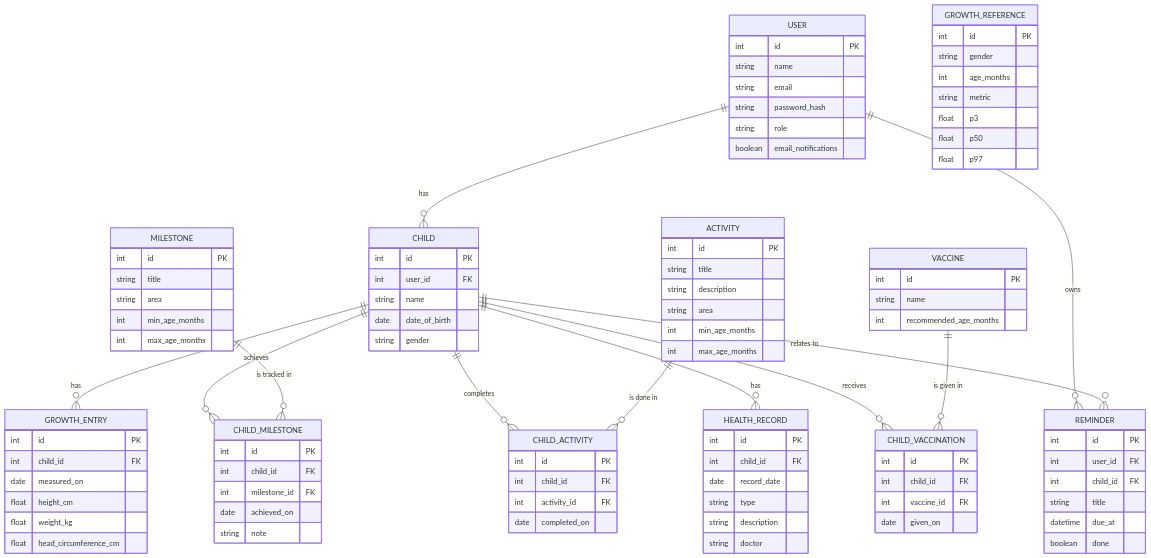
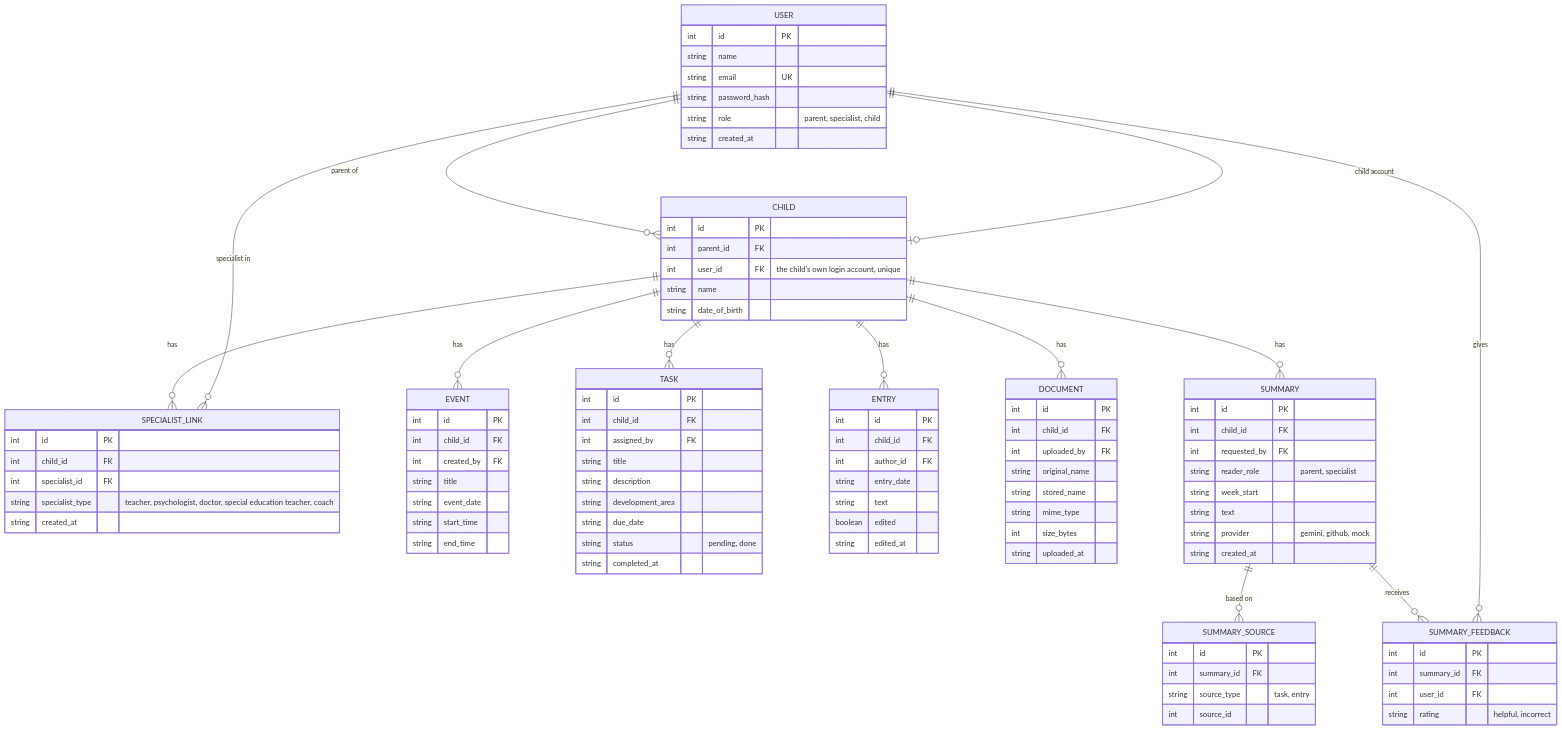
Before and after one commit to Alsoren/child-development-platform: the second of 6 diagrams in docs/SDD.md, drawn with Mermaid. The commit also changed other lines of this file, not shown here.

````diff
--- a/docs/SDD.md
+++ b/docs/SDD.md
@@ -49,102 +61,99 @@
 ```mermaid
 erDiagram
-    USER ||--o{ CHILD : has
-    CHILD ||--o{ GROWTH_ENTRY : has
-    CHILD ||--o{ CHILD_MILESTONE : achieves
-    MILESTONE ||--o{ CHILD_MILESTONE : "is tracked in"
-    CHILD ||--o{ CHILD_ACTIVITY : completes
-    ACTIVITY ||--o{ CHILD_ACTIVITY : "is done in"
-    CHILD ||--o{ HEALTH_RECORD : has
-    CHILD ||--o{ CHILD_VACCINATION : receives
-    VACCINE ||--o{ CHILD_VACCINATION : "is given in"
-    USER ||--o{ REMINDER : owns
-    CHILD ||--o{ REMINDER : "relates to"
+    USER ||--o{ CHILD : "parent of"
+    USER ||--o| CHILD : "child account"
+    CHILD ||--o{ SPECIALIST_LINK : has
+    USER ||--o{ SPECIALIST_LINK : "specialist in"
+    CHILD ||--o{ EVENT : has
+    CHILD ||--o{ TASK : has
+    CHILD ||--o{ ENTRY : has
+    CHILD ||--o{ DOCUMENT : has
+    CHILD ||--o{ SUMMARY : has
+    SUMMARY ||--o{ SUMMARY_SOURCE : "based on"
+    SUMMARY ||--o{ SUMMARY_FEEDBACK : receives
+    USER ||--o{ SUMMARY_FEEDBACK : gives
 
     USER {
         int id PK
         string name
-        string email
+        string email UK
         string password_hash
-        string role
-        boolean email_notifications
+        string role "parent, specialist, child"
+        string created_at
     }
     CHILD {
         int id PK
-        int user_id FK
+        int parent_id FK
+        int user_id FK "the child's own login account, unique"
         string name
-        date date_of_birth
-        string gender
+        string date_of_birth
     }
-    GROWTH_ENTRY {
+    SPECIALIST_LINK {
         int id PK
         int child_id FK
-        date measured_on
-        float height_cm
-        float weight_kg
-        float head_circumference_cm
+        int specialist_id FK
+        string specialist_type "teacher, psychologist, doctor, special education teacher, coach"
+        string created_at
     }
-    GROWTH_REFERENCE {
-        int id PK
-        string gender
-        int age_months
-        string metric
-        float p3
-        float p50
-        float p97
-    }
-    MILESTONE {
-        int id PK
-        string title
-        string area
-        int min_age_months
-        int max_age_months
-    }
-    CHILD_MILESTONE {
+    EVENT {
         int id PK
         int child_id FK
-        int milestone_id FK
-        date achieved_on
-        string note
+        int created_by FK
+        string title
+        string event_date
+        string start_time
+        string end_time
     }
-    ACTIVITY {
+    TASK {
         int id PK
+        int child_id FK
+        int assigned_by FK
         string title
         string description
-        string area
-        int min_age_months
-        int max_age_months
+        string development_area
+        string due_date
+        string status "pending, done"
+        string completed_at
     }
-    CHILD_ACTIVITY {
+    ENTRY {
         int id PK
         int child_id FK
-        int activity_id FK
-        date completed_on
+        int author_id FK
+        string entry_date
+        string text
+        boolean edited
+        string edited_at
     }
-    HEALTH_RECORD {
+    DOCUMENT {
         int id PK
         int child_id FK
-        date record_date
-        string type
-        string description
-        string doctor
+        int uploaded_by FK
+        string original_name
+        string stored_name
+        string mime_type
+        int size_bytes
+        string uploaded_at
     }
-    VACCINE {
-        int id PK
-        string name
-        int recommended_age_months
-    }
-    CHILD_VACCINATION {
+    SUMMARY {
         int id PK
         int child_id FK
-        int vaccine_id FK
-        date given_on
+        int requested_by FK
+        string reader_role "parent, specialist"
+        string week_start
+        string text
+        string provider "gemini, github, mock"
+        string created_at
     }
-    REMINDER {
+    SUMMARY_SOURCE {
         int id PK
+        int summary_id FK
+        string source_type "task, entry"
+        int source_id
+    }
+    SUMMARY_FEEDBACK {
+        int id PK
+        int summary_id FK
         int user_id FK
-        int child_id FK
-        string title
-        datetime due_at
-        boolean done
+        string rating "helpful, incorrect"
     }
 ```
````
